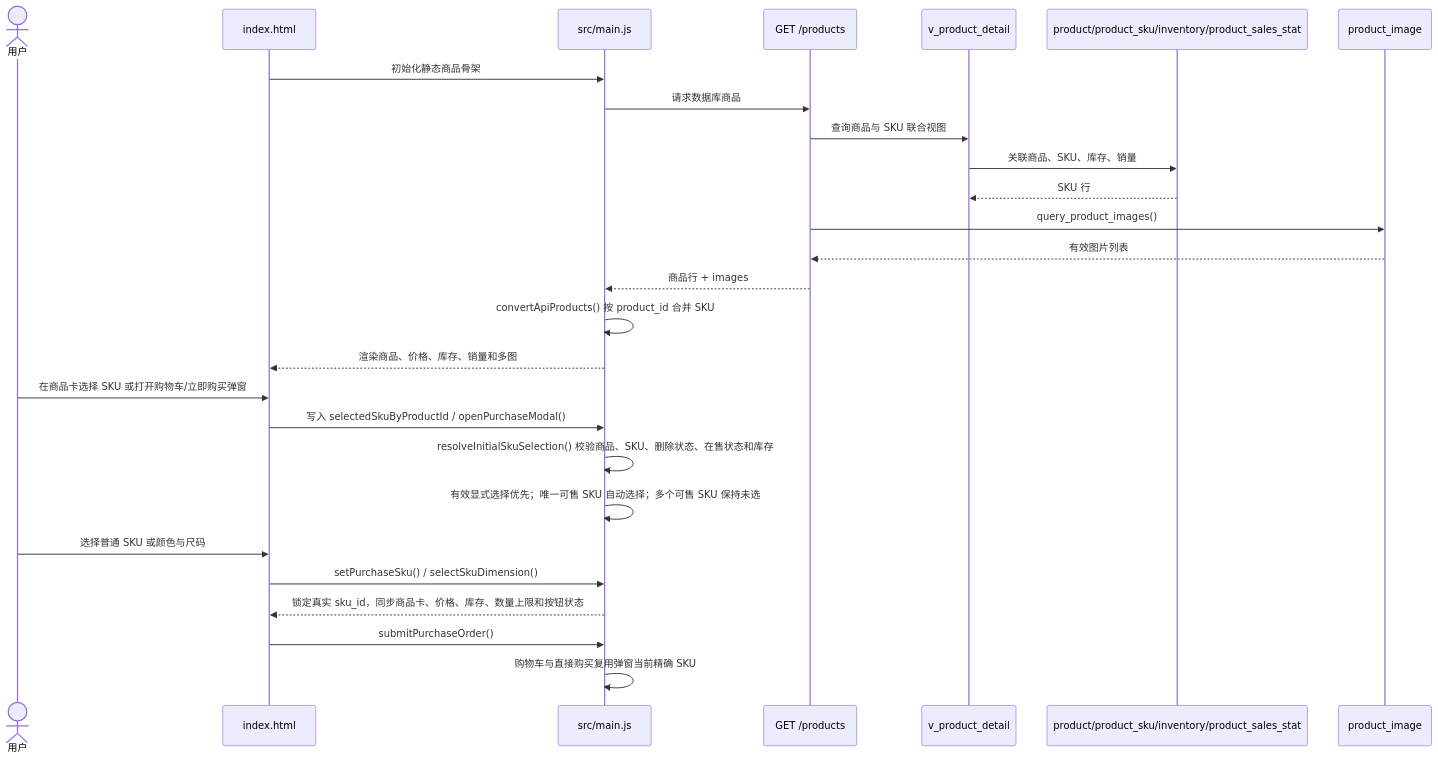
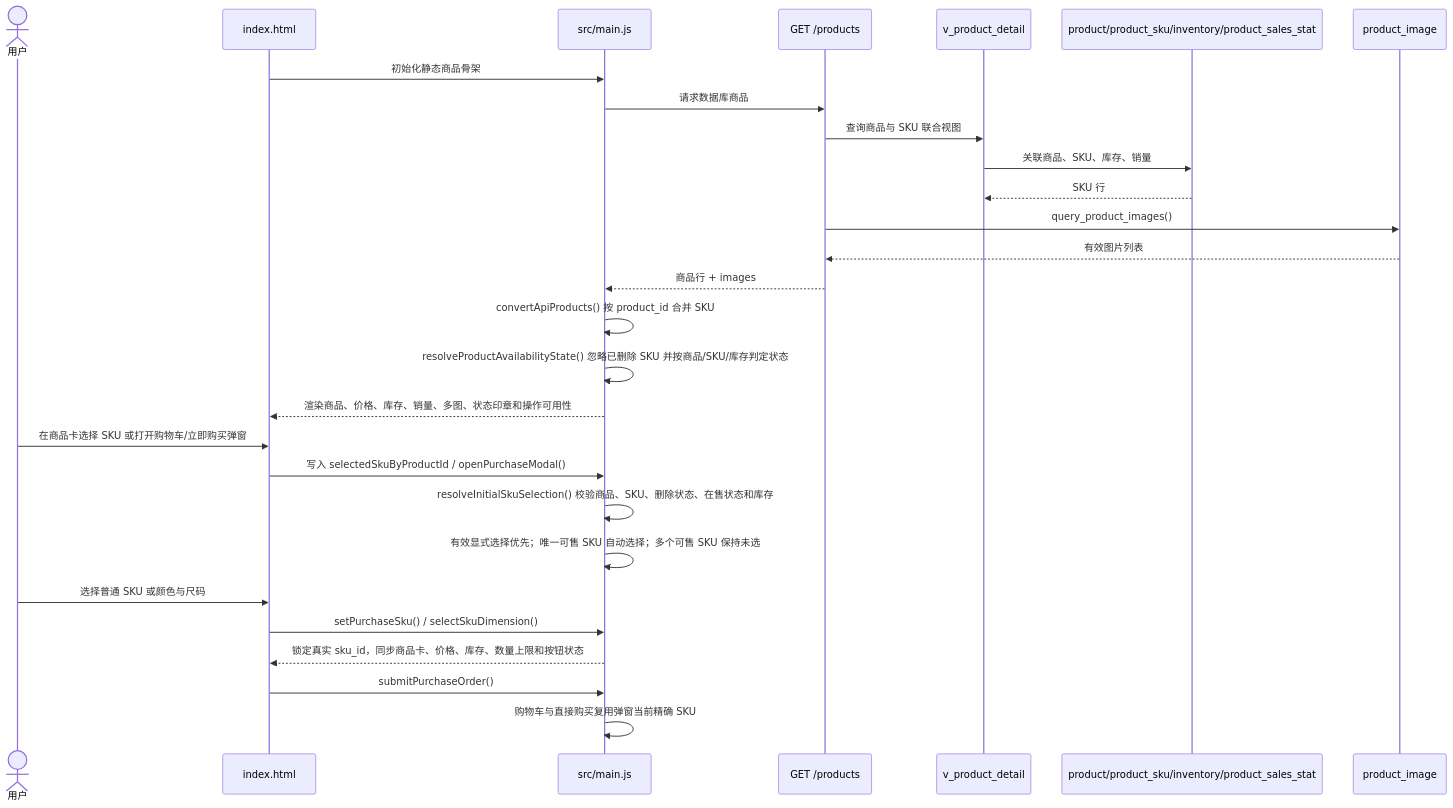
The third of 10 diagrams in docs/current-project-architecture.md (laananed/Cloth-Shop), drawn with Mermaid before and after one commit. The commit also changed other lines of this file and 5 other files, not shown here.

````diff
--- a/docs/current-project-architecture.md
+++ b/docs/current-project-architecture.md
@@ -334,30 +335,31 @@
 ```mermaid
 sequenceDiagram
     actor User as 用户
     participant Page as index.html
     participant JS as src/main.js
     participant API as GET /products
     participant View as v_product_detail
     participant Tables as product/product_sku/inventory/product_sales_stat
     participant Images as product_image
 
     Page->>JS: 初始化静态商品骨架
     JS->>API: 请求数据库商品
     API->>View: 查询商品与 SKU 联合视图
     View->>Tables: 关联商品、SKU、库存、销量
     Tables-->>View: SKU 行
     API->>Images: query_product_images()
     Images-->>API: 有效图片列表
     API-->>JS: 商品行 + images
     JS->>JS: convertApiProducts() 按 product_id 合并 SKU
-    JS-->>Page: 渲染商品、价格、库存、销量和多图
+    JS->>JS: resolveProductAvailabilityState() 忽略已删除 SKU 并按商品/SKU/库存判定状态
+    JS-->>Page: 渲染商品、价格、库存、销量、多图、状态印章和操作可用性
     User->>Page: 在商品卡选择 SKU 或打开购物车/立即购买弹窗
     Page->>JS: 写入 selectedSkuByProductId / openPurchaseModal()
     JS->>JS: resolveInitialSkuSelection() 校验商品、SKU、删除状态、在售状态和库存
     JS->>JS: 有效显式选择优先；唯一可售 SKU 自动选择；多个可售 SKU 保持未选
     User->>Page: 选择普通 SKU 或颜色与尺码
     Page->>JS: setPurchaseSku() / selectSkuDimension()
     JS-->>Page: 锁定真实 sku_id，同步商品卡、价格、库存、数量上限和按钮状态
     Page->>JS: submitPurchaseOrder()
     JS->>JS: 购物车与直接购买复用弹窗当前精确 SKU
 ```
````
